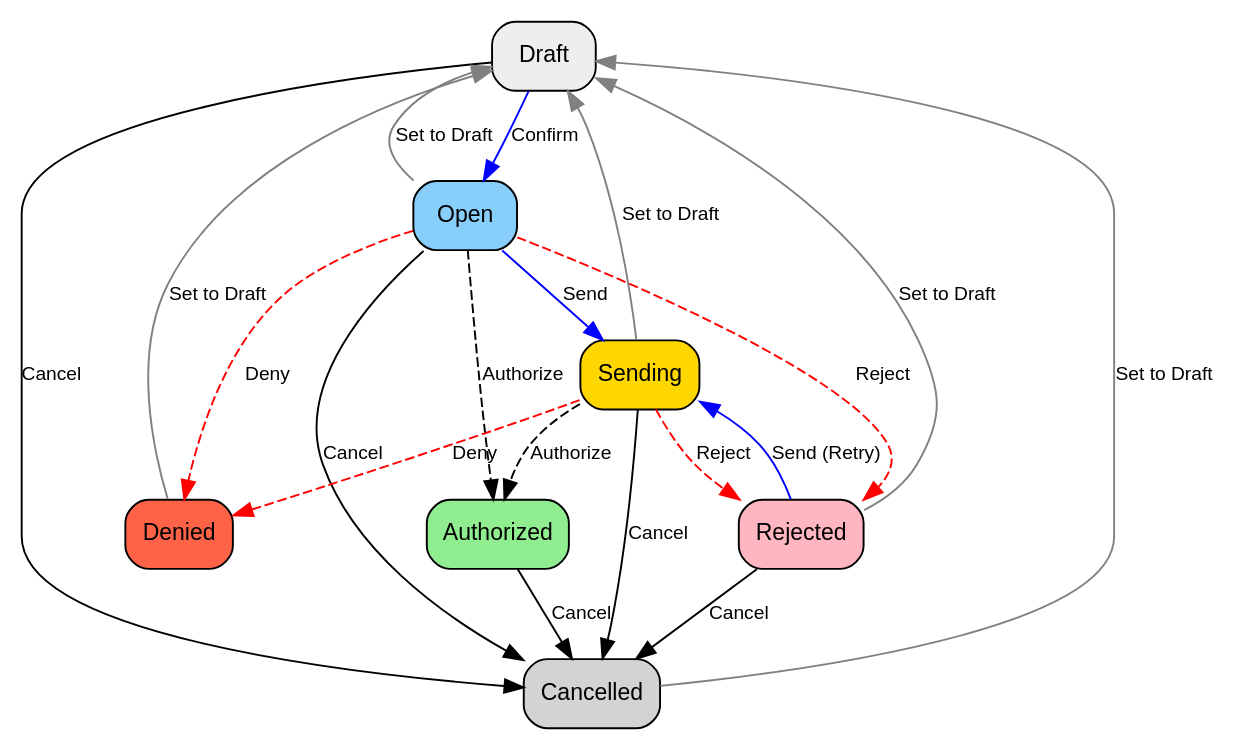
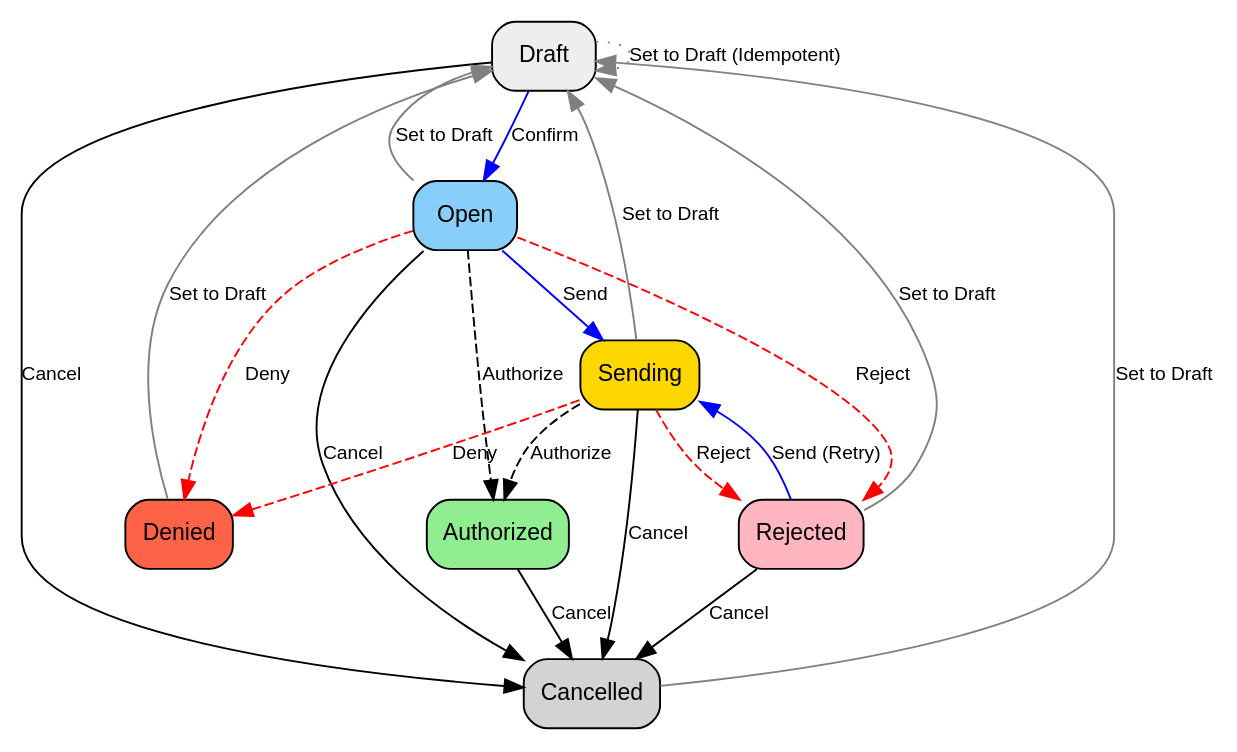
Before and after one commit to akretion/l10n-brazil: the diagram in l10n_br_fiscal_edi/static/description/fsm_graph.dot, drawn with Graphviz. The commit also changed 2 other files, not shown here.

```diff
--- a/l10n_br_fiscal_edi/static/description/fsm_graph.dot
+++ b/l10n_br_fiscal_edi/static/description/fsm_graph.dot
@@ -1,40 +1,41 @@
 digraph FSM {
     rankdir=TB;
     node [shape=box, style="rounded,filled", fontname="Arial", fontsize=12];
     edge [fontname="Arial", fontsize=10];
 
     draft [fillcolor="#eeeeee", label="Draft"];
     open [fillcolor="#87cefa", label="Open"];
     sending [fillcolor="#ffd700", label="Sending"];
     authorized [fillcolor="#90ee90", label="Authorized"];
     rejected [fillcolor="#ffb6c1", label="Rejected"];
     denied [fillcolor="#ff6347", label="Denied"];
     cancel [fillcolor="#d3d3d3", label="Cancelled"];
 
     # Transitions
     draft -> open [label="Confirm", color="blue"];
 
     open -> sending [label="Send", color="blue"];
     rejected -> sending [label="Send (Retry)", color="blue"];
 
     sending -> authorized [label="Authorize", style="dashed"];
     open -> authorized [label="Authorize", style="dashed"];
 
     sending -> rejected [label="Reject", style="dashed", color="red"];
     open -> rejected [label="Reject", style="dashed", color="red"];
 
     sending -> denied [label="Deny", style="dashed", color="red"];
     open -> denied [label="Deny", style="dashed", color="red"];
 
     authorized -> cancel [label="Cancel", color="black"];
     open -> cancel [label="Cancel", color="black"];
     rejected -> cancel [label="Cancel", color="black"];
     draft -> cancel [label="Cancel", color="black"];
     sending -> cancel [label="Cancel", color="black"];
 
     open -> draft [label="Set to Draft", color="gray"];
     sending -> draft [label="Set to Draft", color="gray"];
     rejected -> draft [label="Set to Draft", color="gray"];
     cancel -> draft [label="Set to Draft", color="gray"];
     denied -> draft [label="Set to Draft", color="gray"];
+    draft -> draft [label="Set to Draft (Idempotent)", style="dotted", color="gray"];
 }
```
